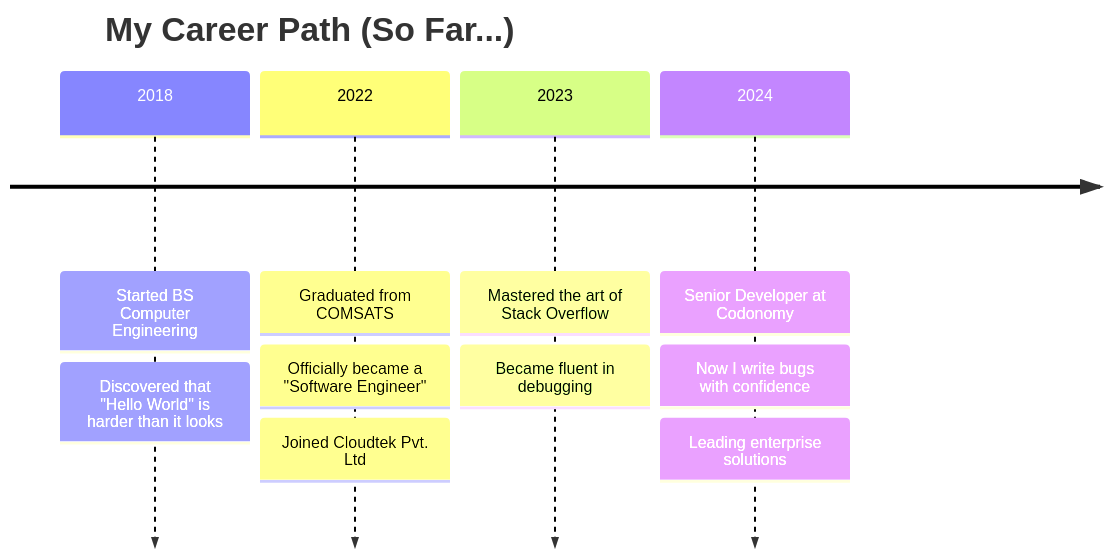
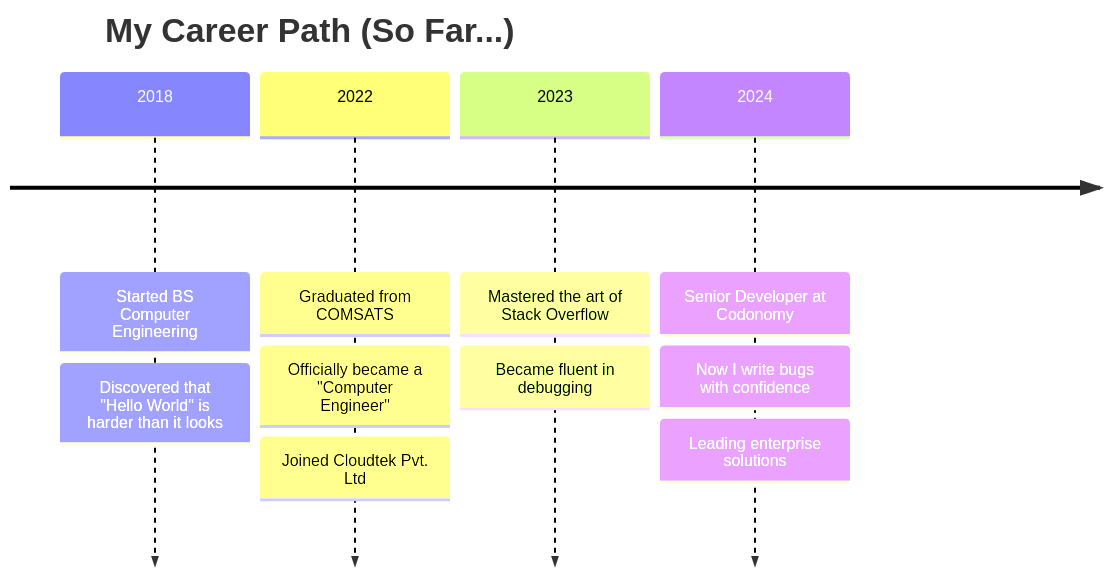
One commit to muhammadsohaib2000/muhammadsohaib2000 changed the diagram in README.md. Above: the diagram before and after it, drawn with Mermaid. The commit also changed other lines of this file, not shown here.

````diff
--- a/README.md
+++ b/README.md
@@ -158,18 +158,18 @@
 ```mermaid
 timeline
     title My Career Path (So Far...)
     
     2018 : Started BS Computer Engineering
          : Discovered that "Hello World" is harder than it looks
     
     2022 : Graduated from COMSATS
-         : Officially became a "Software Engineer"
+         : Officially became a "Computer Engineer"
          : Joined Cloudtek Pvt. Ltd
     
     2023 : Mastered the art of Stack Overflow
          : Became fluent in debugging
     
     2024 : Senior Developer at Codonomy
          : Now I write bugs with confidence
          : Leading enterprise solutions
 ```
````
